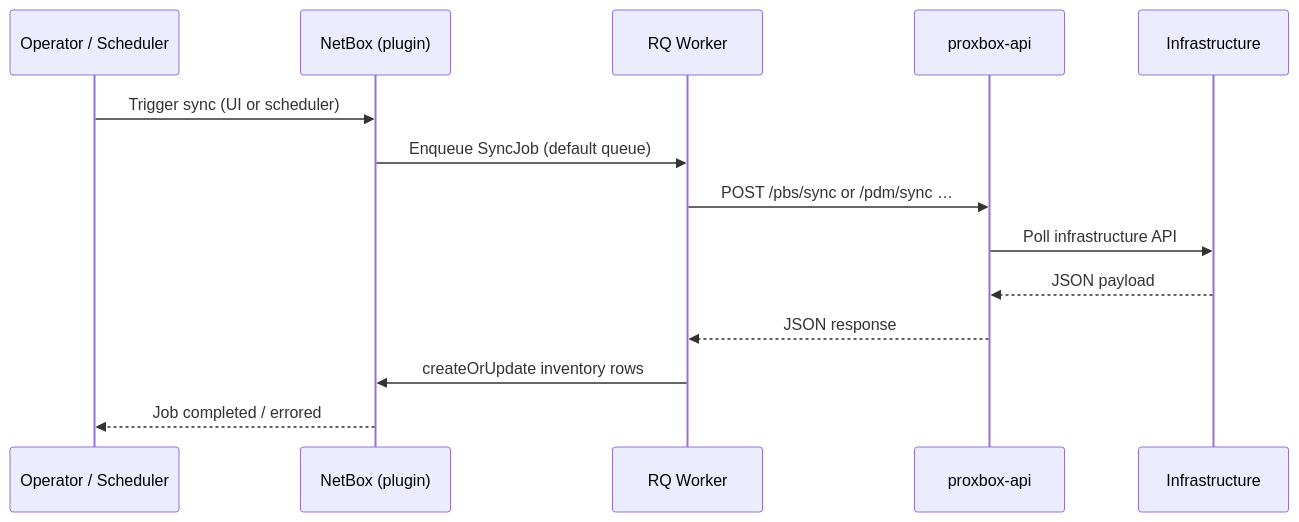
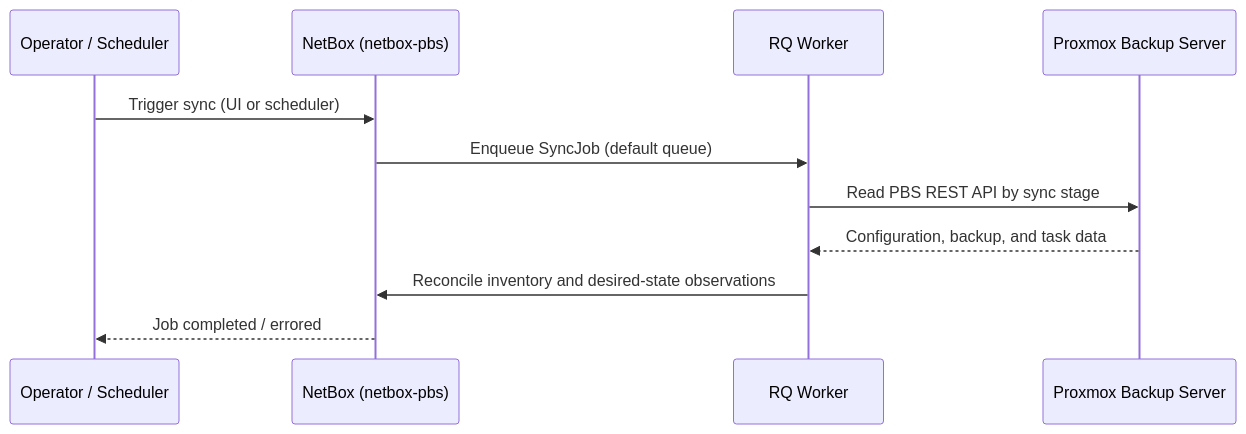
One commit to emersonfelipesp/netbox-proxbox changed the second of 3 diagrams in docs/companion-plugins/index.md. Above: the diagram before and after it, drawn with Mermaid. The commit also changed other lines of this file and 5 other files, not shown here.

````diff
--- a/docs/companion-plugins/index.md
+++ b/docs/companion-plugins/index.md
@@ -73,17 +75,14 @@
 ```mermaid
 sequenceDiagram
     participant U as Operator / Scheduler
-    participant NB as NetBox (plugin)
+    participant NB as NetBox (netbox-pbs)
     participant RQ as RQ Worker
-    participant API as proxbox-api
-    participant INFRA as Infrastructure
+    participant PBS as Proxmox Backup Server
 
     U->>NB: Trigger sync (UI or scheduler)
     NB->>RQ: Enqueue SyncJob (default queue)
-    RQ->>API: POST /pbs/sync or /pdm/sync …
-    API->>INFRA: Poll infrastructure API
-    INFRA-->>API: JSON payload
-    API-->>RQ: JSON response
-    RQ->>NB: createOrUpdate inventory rows
+    RQ->>PBS: Read PBS REST API by sync stage
+    PBS-->>RQ: Configuration, backup, and task data
+    RQ->>NB: Reconcile inventory and desired-state observations
     NB-->>U: Job completed / errored
 ```
````
